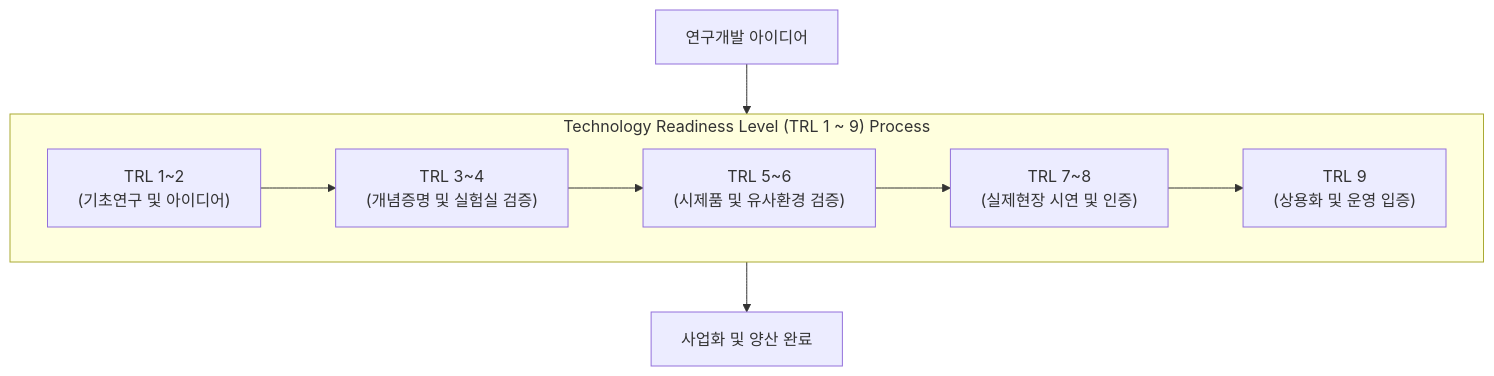
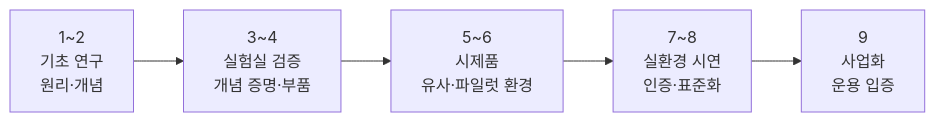
One commit to supremethumb/supremethumb.github.io changed the diagram in content/01_IT Tech/TRL.md. Above: the diagram before and after it, drawn with Mermaid. The commit also changed other lines of this file and 1087 other files, not shown here.

````diff
--- a/content/01_IT Tech/TRL.md
+++ b/content/01_IT Tech/TRL.md
@@ -23,14 +35,7 @@
 ```mermaid
-flowchart TB
-    subgraph TRL_Stages["Technology Readiness Level (TRL 1 ~ 9) Process"]
-        direction LR
-        S1["TRL 1~2<br/>(기초연구 및 아이디어)"] --> S2["TRL 3~4<br/>(개념증명 및 실험실 검증)"]
-        S2 --> S3["TRL 5~6<br/>(시제품 및 유사환경 검증)"]
-        S3 --> S4["TRL 7~8<br/>(실제현장 시연 및 인증)"]
-        S4 --> S5["TRL 9<br/>(상용화 및 운영 입증)"]
-    end
-
-    REQ["연구개발 아이디어"] --> S1
-    S5 --> OUT["사업화 및 양산 완료"]
-
+flowchart LR
+    A["1~2<br/>기초 연구<br/>원리·개념"] --> B["3~4<br/>실험실 검증<br/>개념 증명·부품"]
+    B --> C["5~6<br/>시제품<br/>유사·파일럿 환경"]
+    C --> D["7~8<br/>실환경 시연<br/>인증·표준화"]
+    D --> E["9<br/>사업화<br/>운용 입증"]
 ```
````
